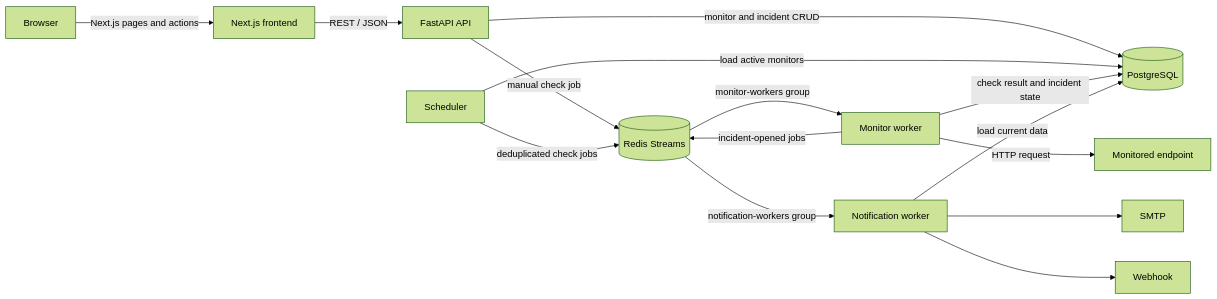
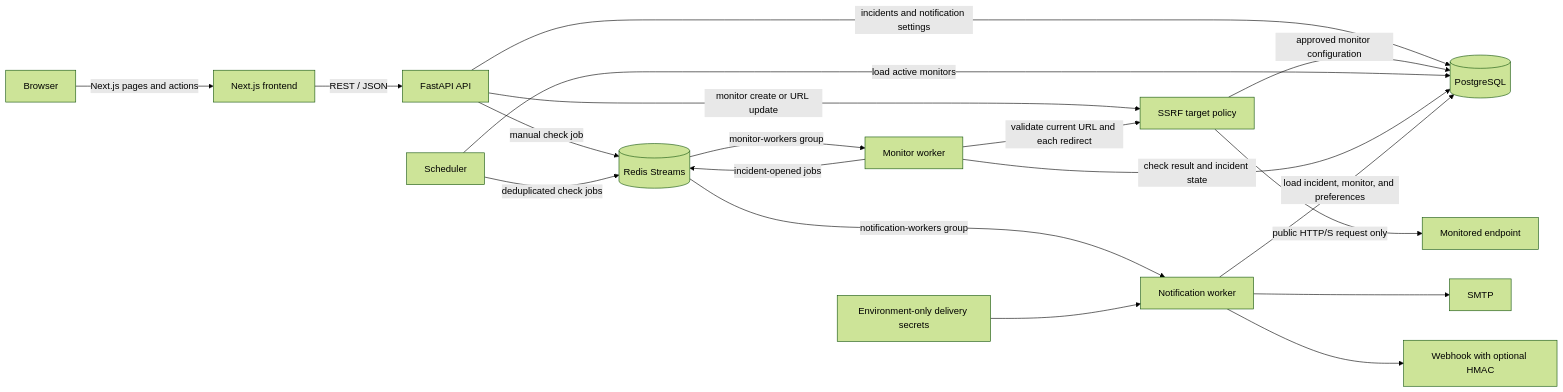
One commit to Dede9274/Personal_Projects changed the first of 3 diagrams in api_functionality/README.md. Above: the diagram before and after it, drawn with Mermaid (forest theme). The commit also changed other lines of this file and 2 other files, not shown here.

Commit message:
README is updated on SSRF Protection

````diff
--- a/api_functionality/README.md
+++ b/api_functionality/README.md
@@ -36,20 +37,24 @@
 ```mermaid
 flowchart LR
     Browser[Browser] -->|Next.js pages and actions| Frontend[Next.js frontend]
     Frontend -->|REST / JSON| API[FastAPI API]
-    API -->|monitor and incident CRUD| Postgres[(PostgreSQL)]
+    API -->|incidents and notification settings| Postgres[(PostgreSQL)]
+    API -->|monitor create or URL update| Guard[SSRF target policy]
+    Guard -->|approved monitor configuration| Postgres
     API -->|manual check job| Redis[(Redis Streams)]
 
     Scheduler[Scheduler] -->|load active monitors| Postgres
     Scheduler -->|deduplicated check jobs| Redis
 
     Redis -->|monitor-workers group| CheckWorker[Monitor worker]
-    CheckWorker -->|HTTP request| Target[Monitored endpoint]
+    CheckWorker -->|validate current URL and each redirect| Guard
+    Guard -->|public HTTP/S request only| Target[Monitored endpoint]
     CheckWorker -->|check result and incident state| Postgres
     CheckWorker -->|incident-opened jobs| Redis
 
     Redis -->|notification-workers group| NotifyWorker[Notification worker]
-    NotifyWorker -->|load current data| Postgres
+    NotifyWorker -->|load incident, monitor, and preferences| Postgres
+    Secrets[Environment-only delivery secrets] --> NotifyWorker
     NotifyWorker --> Email[SMTP]
-    NotifyWorker --> Webhook[Webhook]
+    NotifyWorker --> Webhook[Webhook with optional HMAC]
 ```
````
